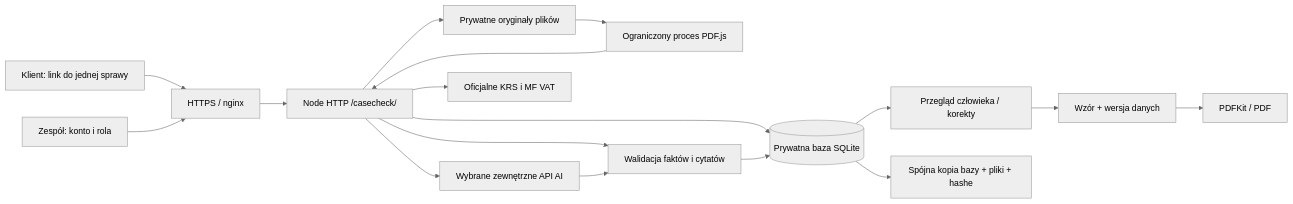
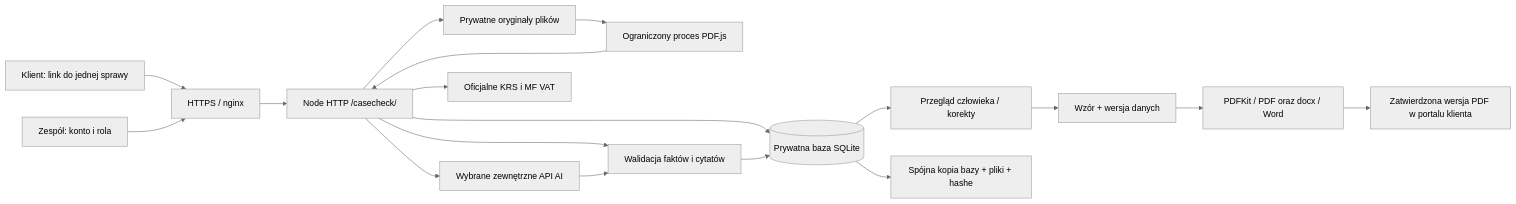
The diagram in docs/ARCHITEKTURA.md (krapcys1-maker/casecheck), drawn with Mermaid (neutral theme) before and after one commit. The commit also changed other lines of this file and 263 other files, not shown here.

````diff
--- a/docs/ARCHITEKTURA.md
+++ b/docs/ARCHITEKTURA.md
@@ -7,19 +7,20 @@
 ```mermaid
 flowchart LR
     C[Klient: link do jednej sprawy] --> N[HTTPS / nginx]
     P[Zespół: konto i rola] --> N
     N --> A[Node HTTP /casecheck/]
     A --> D[(Prywatna baza SQLite)]
     A --> F[Prywatne oryginały plików]
     F --> W[Ograniczony proces PDF.js]
     W --> A
     A --> V[Walidacja faktów i cytatów]
     A --> L[Wybrane zewnętrzne API AI]
     L --> V
     V --> D
     D --> R[Przegląd człowieka / korekty]
     R --> T[Wzór + wersja danych]
-    T --> E[PDFKit / PDF]
+    T --> E[PDFKit / PDF oraz docx / Word]
+    E --> U[Zatwierdzona wersja PDF w portalu klienta]
     A --> K[Oficjalne KRS i MF VAT]
     D --> B[Spójna kopia bazy + pliki + hashe]
 ```
````
